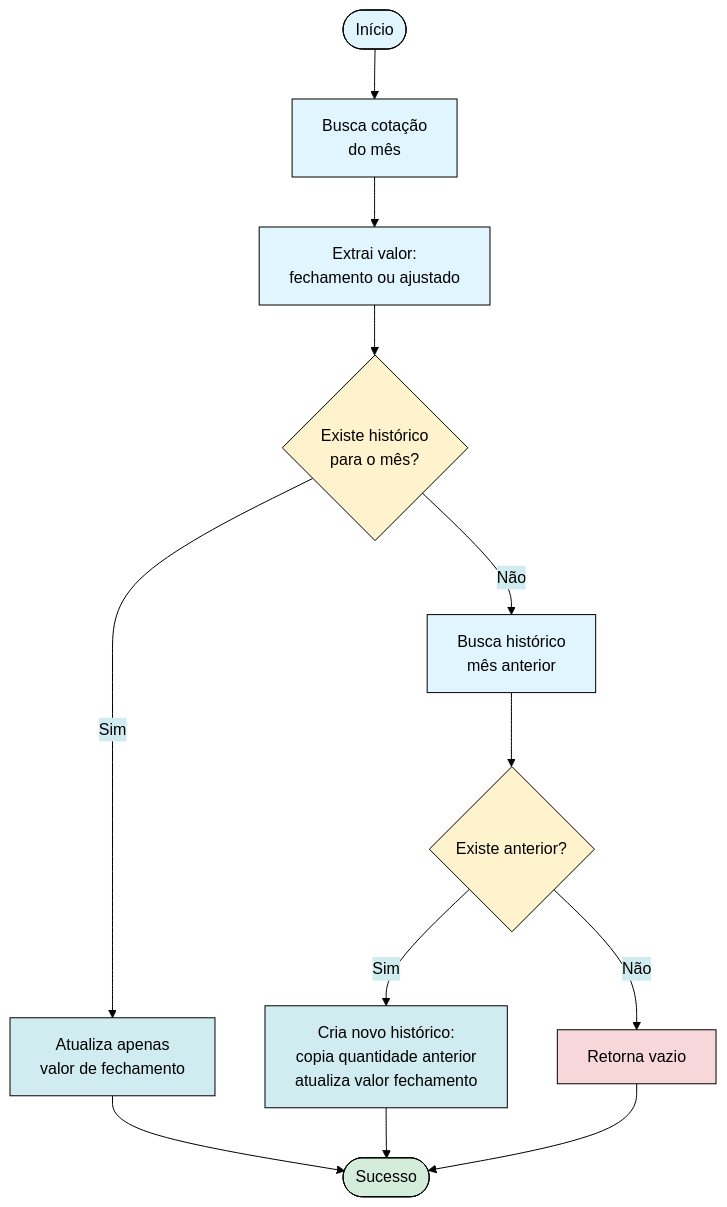
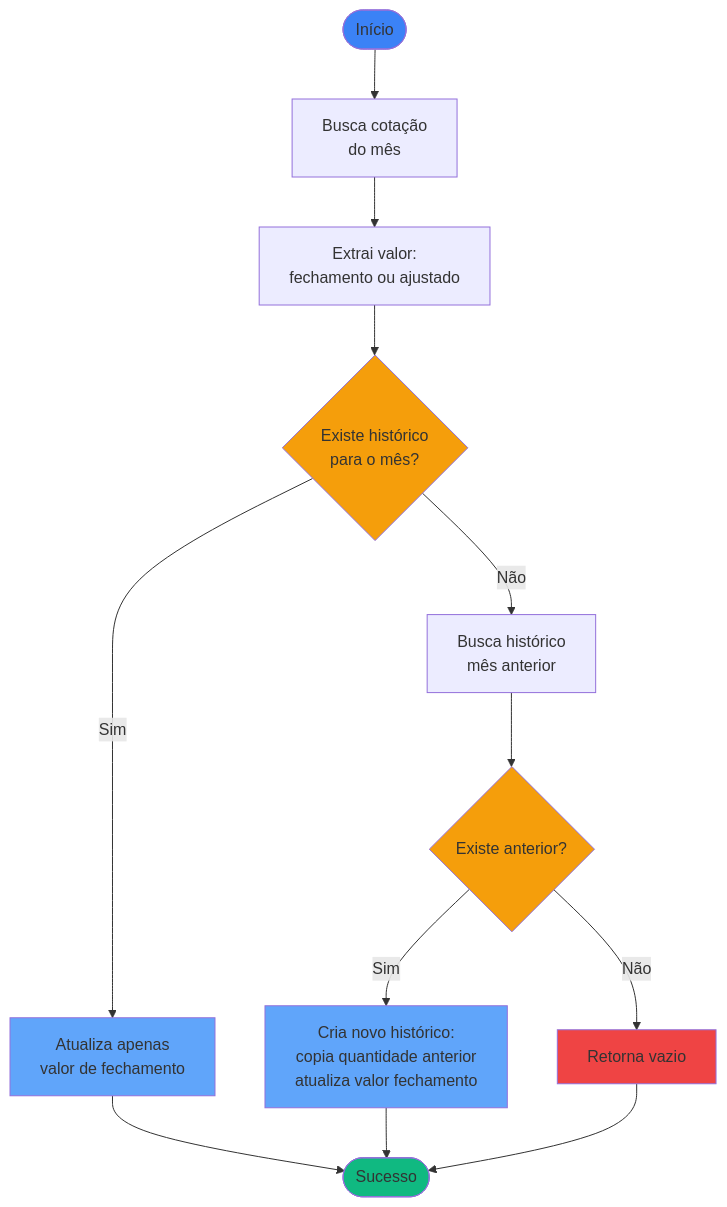
The third of 3 diagrams in docs/RN - Criar novo registro de histórico.md (enirsilvaferraz/Investments-KMP), drawn with Mermaid before and after one commit. The commit also changed other lines of this file, not shown here.

First line of the commit message:
docs: Update Mermaid diagram colors in history creation docs

````diff
--- a/docs/RN - Criar novo registro de histórico.md
+++ b/docs/RN - Criar novo registro de histórico.md
@@ -94,26 +92,25 @@
 ```mermaid
-%%{init: {'theme':'base', 'themeVariables': {'background':'#ffffff', 'primaryColor':'#e1f5ff', 'primaryTextColor':'#000000', 'primaryBorderColor':'#000000', 'lineColor':'#000000', 'secondaryColor':'#d1ecf1', 'tertiaryColor':'#fff3cd'}}}%%
 flowchart TD
     Start([Início]) --> Quote[Busca cotação<br/>do mês]
     Quote --> Extract[Extrai valor:<br/>fechamento ou ajustado]
     Extract --> Check{Existe histórico<br/>para o mês?}
     
     Check -->|Sim| Update[Atualiza apenas<br/>valor de fechamento]
     Check -->|Não| Previous[Busca histórico<br/>mês anterior]
     
     Previous --> HasPrev{Existe anterior?}
     HasPrev -->|Sim| Create[Cria novo histórico:<br/>copia quantidade anterior<br/>atualiza valor fechamento]
     HasPrev -->|Não| Fail[Retorna vazio]
     
     Update --> Success([Sucesso])
     Create --> Success
     Fail --> Success
     
-    style Start fill:#e1f5ff
-    style Success fill:#d4edda
-    style Check fill:#fff3cd
-    style HasPrev fill:#fff3cd
-    style Update fill:#d1ecf1
-    style Create fill:#d1ecf1
-    style Fail fill:#f8d7da
+    style Start fill:#3b82f6
+    style Success fill:#10b981
+    style Check fill:#f59e0b
+    style HasPrev fill:#f59e0b
+    style Update fill:#60a5fa
+    style Create fill:#60a5fa
+    style Fail fill:#ef4444
 ```
````
